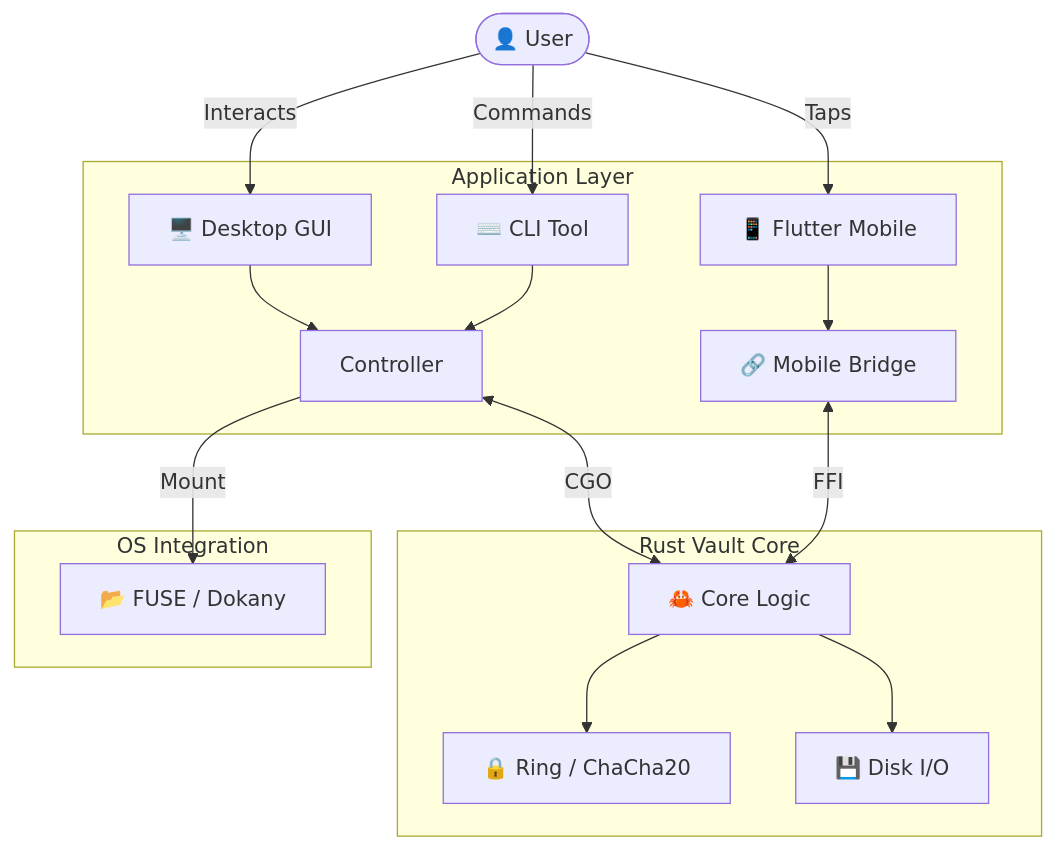
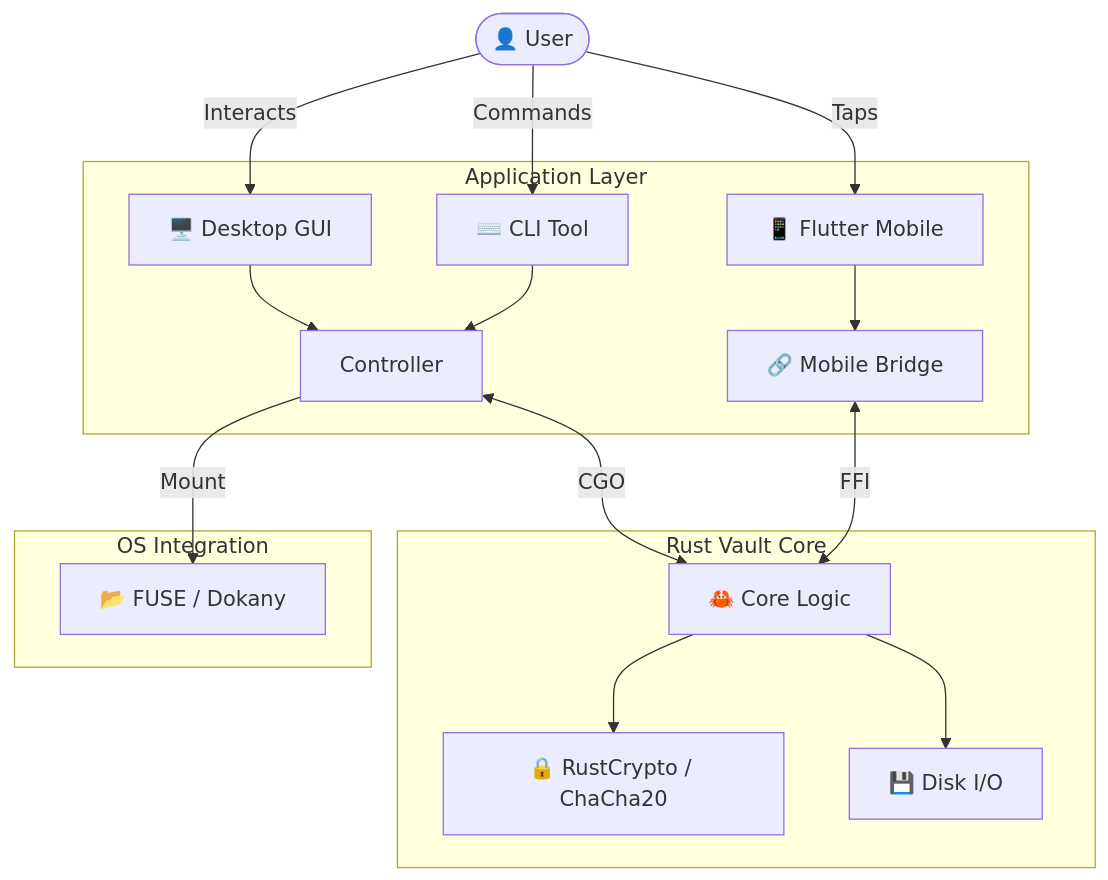
Before and after one commit to aka-0x4C3DD/dirLocker: the diagram in README.md, drawn with Mermaid. The commit also changed other lines of this file and 8 other files, not shown here.

Commit message:
feat: add comprehensive development and architecture documentation, update README for crypto library, and ignore test output files.

````diff
--- a/README.md
+++ b/README.md
@@ -51,23 +51,23 @@
 ```mermaid
 graph TD
     User([👤 User]) -->|Interacts| GUI[🖥️ Desktop GUI]
     User -->|Commands| CLI[⌨️ CLI Tool]
     User -->|Taps| Mobile[📱 Flutter Mobile]
 
     subgraph "Application Layer"
         GUI --> Controller
         CLI --> Controller
         Mobile --> FFI_Mobile[🔗 Mobile Bridge]
     end
 
     subgraph "Rust Vault Core"
         Controller <-->|CGO| Core[🦀 Core Logic]
         FFI_Mobile <-->|FFI| Core
-        Core --> Crypto[🔒 Ring / ChaCha20]
+        Core --> Crypto[🔒 RustCrypto / ChaCha20]
         Core --> IO[💾 Disk I/O]
     end
 
     subgraph "OS Integration"
         Controller -->|Mount| FUSE[📂 FUSE / Dokany]
     end
 ```
````
